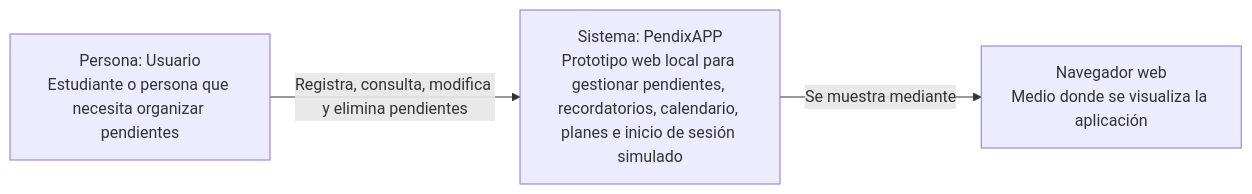
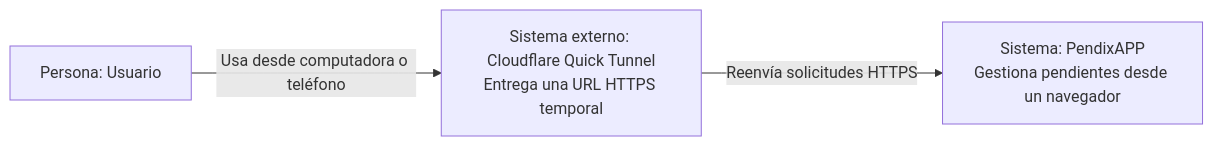
Before and after one commit to Angel-Lugo97/Proyecto_ArqSoft: the first of 3 diagrams in PendixAPP/docs/C4_PendixAPP.md, drawn with Mermaid. The commit also changed other lines of this file and 65 other files, not shown here.

Commit message:
feat(project): add mobile interface and local Cloudflare deployment

````diff
--- a/PendixAPP/docs/C4_PendixAPP.md
+++ b/PendixAPP/docs/C4_PendixAPP.md
@@ -11,9 +5,9 @@
 ```mermaid
 flowchart LR
-    Usuario["Persona: Usuario<br/>Estudiante o persona que necesita organizar pendientes"]
-    PendixAPP["Sistema: PendixAPP<br/>Prototipo web local para gestionar pendientes, recordatorios, calendario, planes e inicio de sesión simulado"]
-    Navegador["Navegador web<br/>Medio donde se visualiza la aplicación"]
+    Usuario["Persona: Usuario"]
+    PendixAPP["Sistema: PendixAPP<br/>Gestiona pendientes desde un navegador"]
+    Cloudflare["Sistema externo: Cloudflare Quick Tunnel<br/>Entrega una URL HTTPS temporal"]
 
-    Usuario -->|"Registra, consulta, modifica y elimina pendientes"| PendixAPP
-    PendixAPP -->|"Se muestra mediante"| Navegador
+    Usuario -->|"Usa desde computadora o teléfono"| Cloudflare
+    Cloudflare -->|"Reenvía solicitudes HTTPS"| PendixAPP
 ```
````
